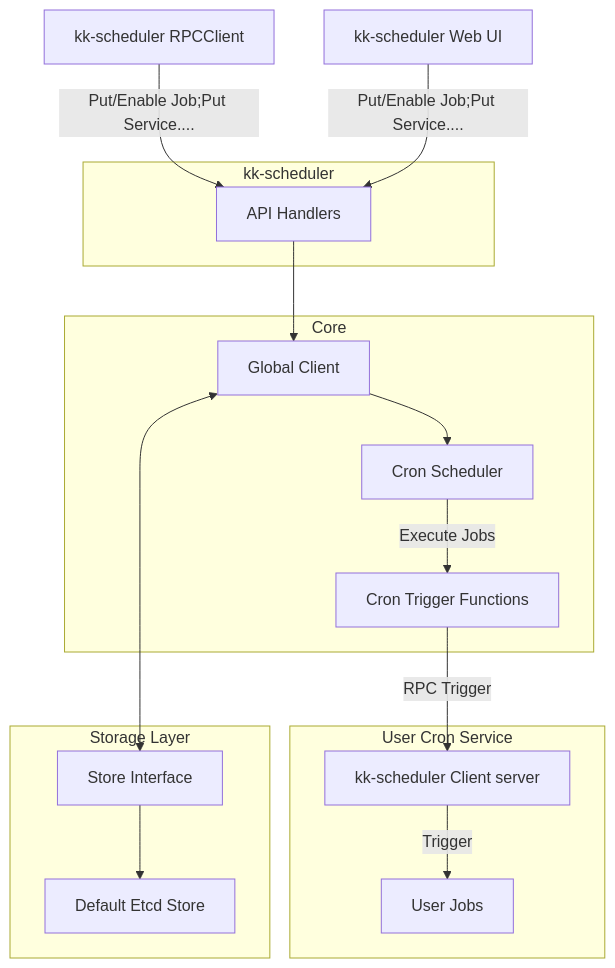
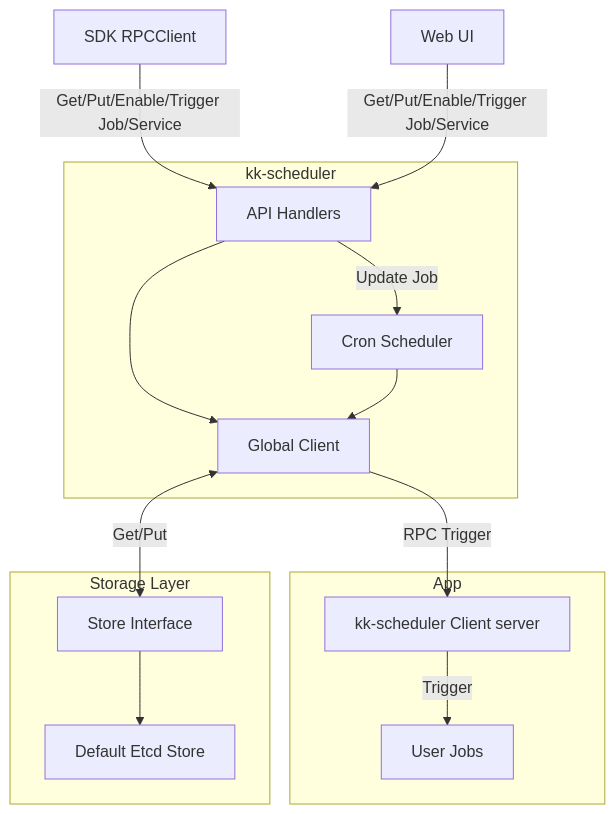
Before and after one commit to cruvie/kk-schedule: the diagram in README.md, drawn with Mermaid.

````diff
--- a/README.md
+++ b/README.md
@@ -13,35 +13,31 @@
 ```mermaid
 graph TB
-    U[kk-scheduler RPCClient]
-    W[kk-scheduler Web UI]
-
-    subgraph "User Cron Service"
-        A[kk-scheduler Client server]
-        A2[User Jobs]
-    end
+    U[SDK RPCClient]
+    W[Web UI]
 
     subgraph "kk-scheduler"
         C[API Handlers]
+        G[Global Client]
+        F[Cron Scheduler]
+        C --"Update Job"--> F
     end
 
-    subgraph "Core"
-        G[Global Client]
-        F[Cron Scheduler]
-        H[Cron Trigger Functions]
+    subgraph "App"
+        A[kk-scheduler Client server]
+        A2[User Jobs]
+        A -- " Trigger " --> A2
     end
 
     subgraph "Storage Layer"
         J[Store Interface]
         I[Default Etcd Store]
     end
 
-    U -- " Put/Enable Job;Put Service.... " --> C
-    W -- " Put/Enable Job;Put Service.... " --> C
+    U -- " Get/Put/Enable/Trigger Job/Service " --> C
+    W -- " Get/Put/Enable/Trigger Job/Service " --> C
     C --> G
-    G --> F
-    F -- " Execute Jobs " --> H
-    H -- " RPC Trigger " --> A
-    A -- " Trigger " --> A2
-    G <----> J
+    F --> G
+    G -- " RPC Trigger " --> A
+    G <-- " Get/Put " --> J
     J --> I
 ```
````
